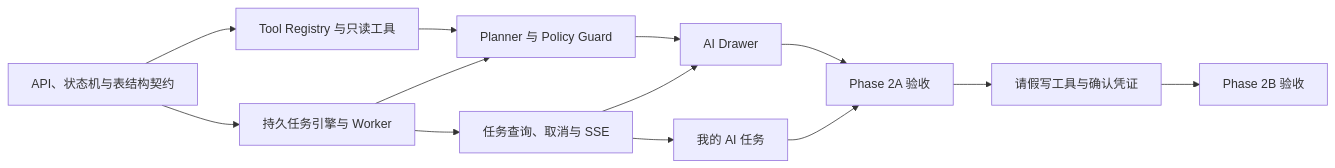
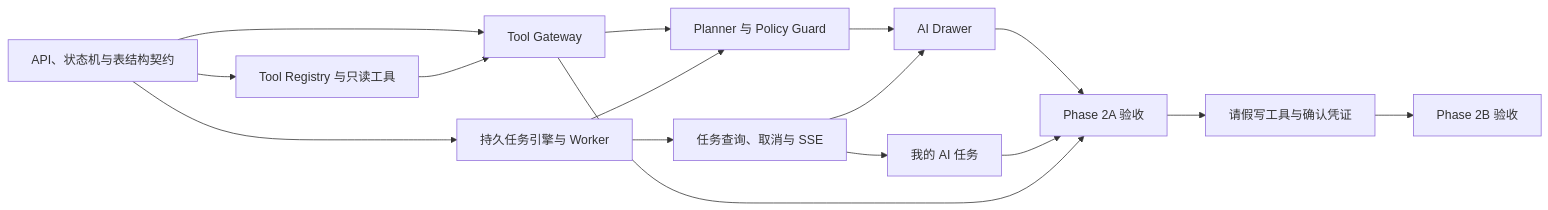
Before and after one commit to MewzCC/ai-workmate: the diagram in docs/roadmap/phase-2-agent-plan.md, drawn with Mermaid. The commit also changed other lines of this file and 9 other files, not shown here.

````diff
--- a/docs/roadmap/phase-2-agent-plan.md
+++ b/docs/roadmap/phase-2-agent-plan.md
@@ -248,15 +292,18 @@
 ```mermaid
 flowchart LR
     A["API、状态机与表结构契约"] --> B["Tool Registry 与只读工具"]
-    A --> C["持久任务引擎与 Worker"]
-    B --> D["Planner 与 Policy Guard"]
-    C --> D
-    C --> E["任务查询、取消与 SSE"]
-    D --> F["AI Drawer"]
-    E --> F
-    E --> G["我的 AI 任务"]
-    F --> H["Phase 2A 验收"]
-    G --> H
-    H --> I["请假写工具与确认凭证"]
-    I --> J["Phase 2B 验收"]
+    A --> C["Tool Gateway"]
+    A --> D["持久任务引擎与 Worker"]
+    B --> C
+    C --> E["Planner 与 Policy Guard"]
+    D --> E
+    D --> F["任务查询、取消与 SSE"]
+    E --> G["AI Drawer"]
+    F --> G
+    F --> H["我的 AI 任务"]
+    G --> I["Phase 2A 验收"]
+    H --> I
+    C --> I
+    I --> J["请假写工具与确认凭证"]
+    J --> K["Phase 2B 验收"]
 ```
````
